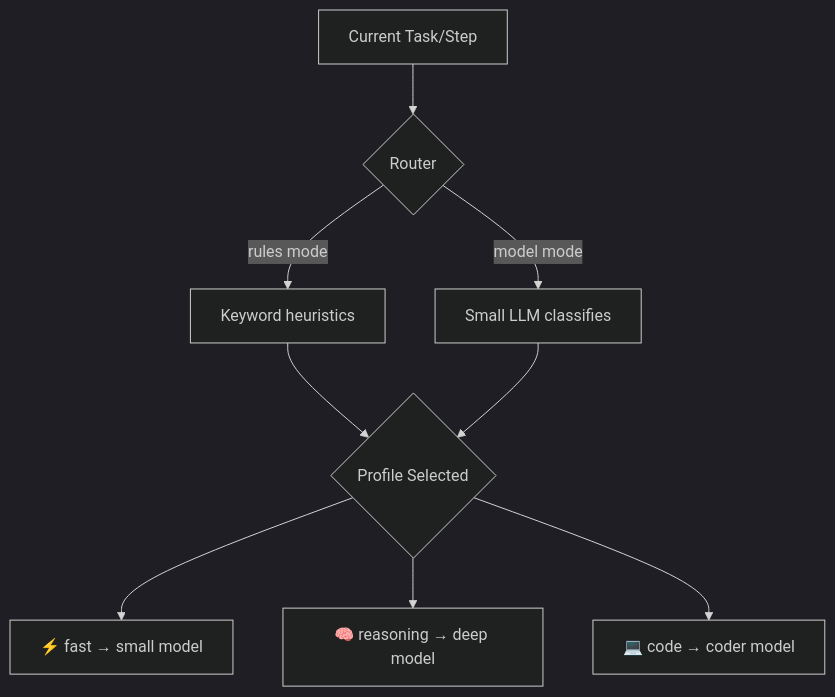
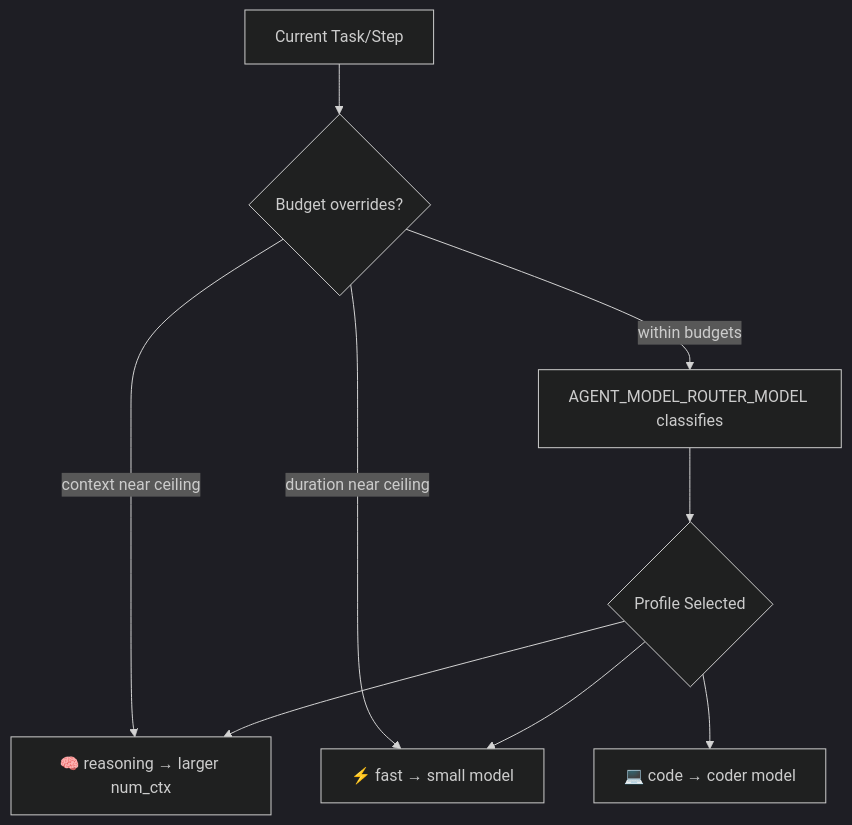
The third of 3 diagrams in docs/model-selection.md (Guebbit/manna), drawn with Mermaid (dark theme) before and after one commit. The commit also changed other lines of this file and 5 other files, not shown here.

````diff
--- a/docs/model-selection.md
+++ b/docs/model-selection.md
@@ -148,12 +147,11 @@
 ```mermaid
 flowchart TD
-    Task[Current Task/Step] --> Router{Router}
-    Router -->|rules mode| Keywords[Keyword heuristics]
-    Router -->|model mode| Classifier[Small LLM classifies]
-    Keywords --> Profile
-    Classifier --> Profile
-    Profile{Profile Selected}
-    Profile --> Fast["⚡ fast → small model"]
-    Profile --> Reasoning["🧠 reasoning → deep model"]
+    Task[Current Task/Step] --> Budgets{Budget overrides?}
+    Budgets -->|context near ceiling| Reasoning["🧠 reasoning → larger num_ctx"]
+    Budgets -->|duration near ceiling| Fast["⚡ fast → small model"]
+    Budgets -->|within budgets| Classifier[AGENT_MODEL_ROUTER_MODEL classifies]
+    Classifier --> Profile{Profile Selected}
+    Profile --> Fast
+    Profile --> Reasoning
     Profile --> Code["💻 code → coder model"]
 ```
````
